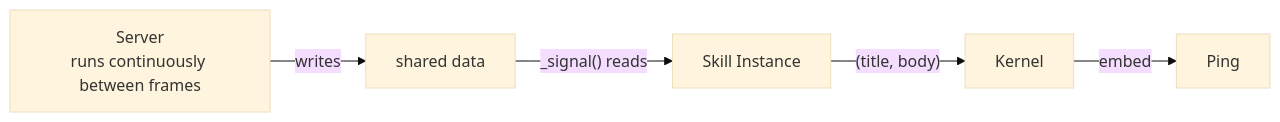
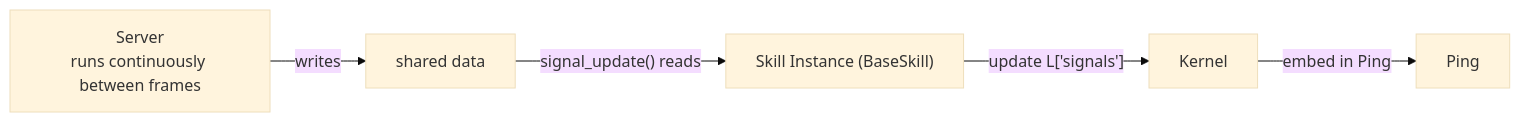
One commit to vessal-ai/vessal changed the fourth of 6 diagrams in references/whitepaper/04-frame.md. Above: the diagram before and after it, drawn with Mermaid (base theme). The commit also changed other lines of this file and 10 other files, not shown here.

````diff
--- a/references/whitepaper/04-frame.md
+++ b/references/whitepaper/04-frame.md
@@ -115,7 +115,7 @@
 ```mermaid
 graph LR
     SV["Server\nruns continuously between frames"] -->|writes| Q["shared data"]
-    Q -->|"_signal() reads"| SK["Skill Instance"]
-    SK -->|"(title, body)"| K["Kernel"]
-    K -->|embed| Ping
+    Q -->|"signal_update() reads"| SK["Skill Instance (BaseSkill)"]
+    SK -->|"update L['signals']"| K["Kernel"]
+    K -->|embed in Ping| Ping
 ```
````
